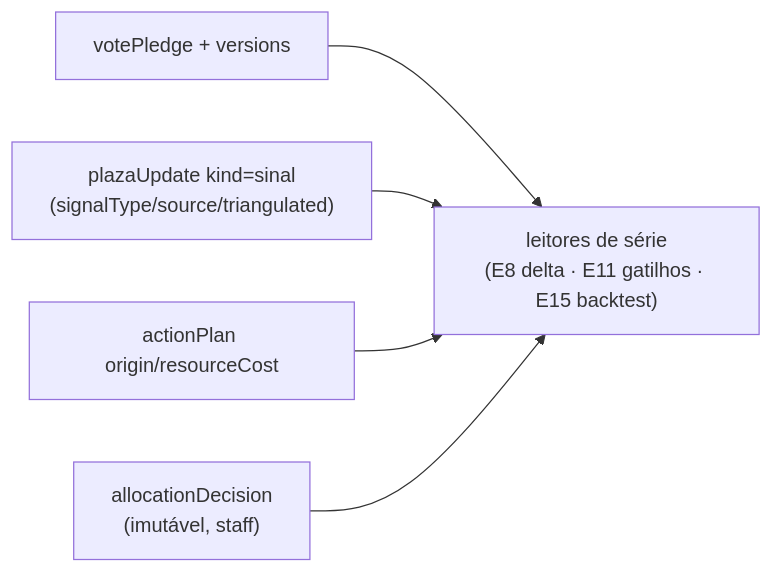
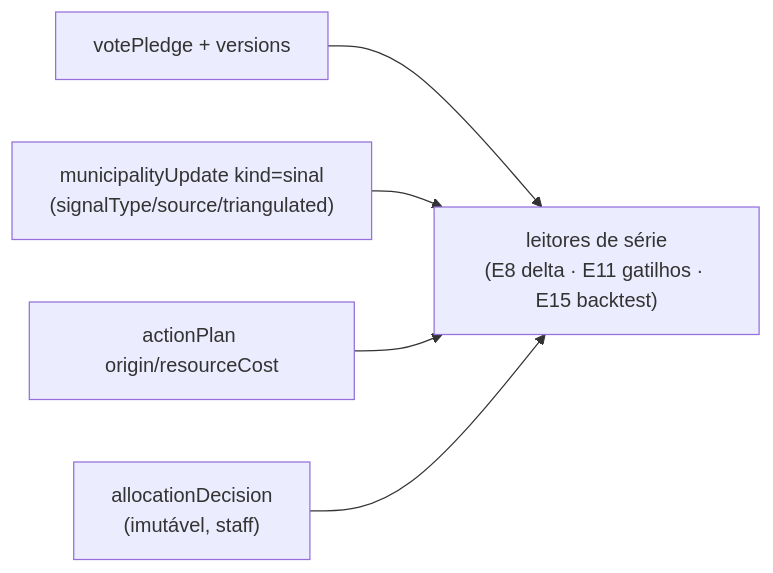
Before and after one commit to fsolla/teqo: the diagram in docs/plans/registro-fundacao.md, drawn with Mermaid. The commit also changed other lines of this file and 41 other files, not shown here.

````diff
--- a/docs/plans/registro-fundacao.md
+++ b/docs/plans/registro-fundacao.md
@@ -49,12 +49,12 @@
 ```mermaid
 flowchart LR
     Pledge["votePledge + versions"]
-    Update["plazaUpdate kind=sinal<br/>(signalType/source/triangulated)"]
+    Update["municipalityUpdate kind=sinal<br/>(signalType/source/triangulated)"]
     Plan["actionPlan origin/resourceCost"]
     Dec["allocationDecision<br/>(imutável, staff)"]
     Series["leitores de série<br/>(E8 delta · E11 gatilhos · E15 backtest)"]
     Pledge --> Series
     Update --> Series
     Plan --> Series
     Dec --> Series
 ```
````
